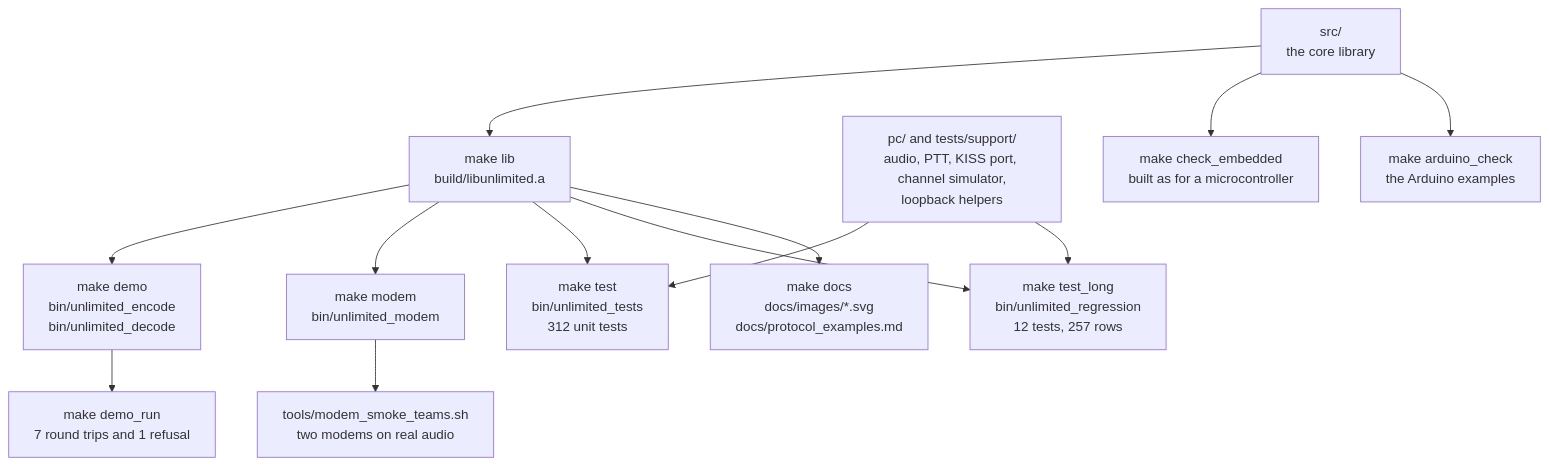
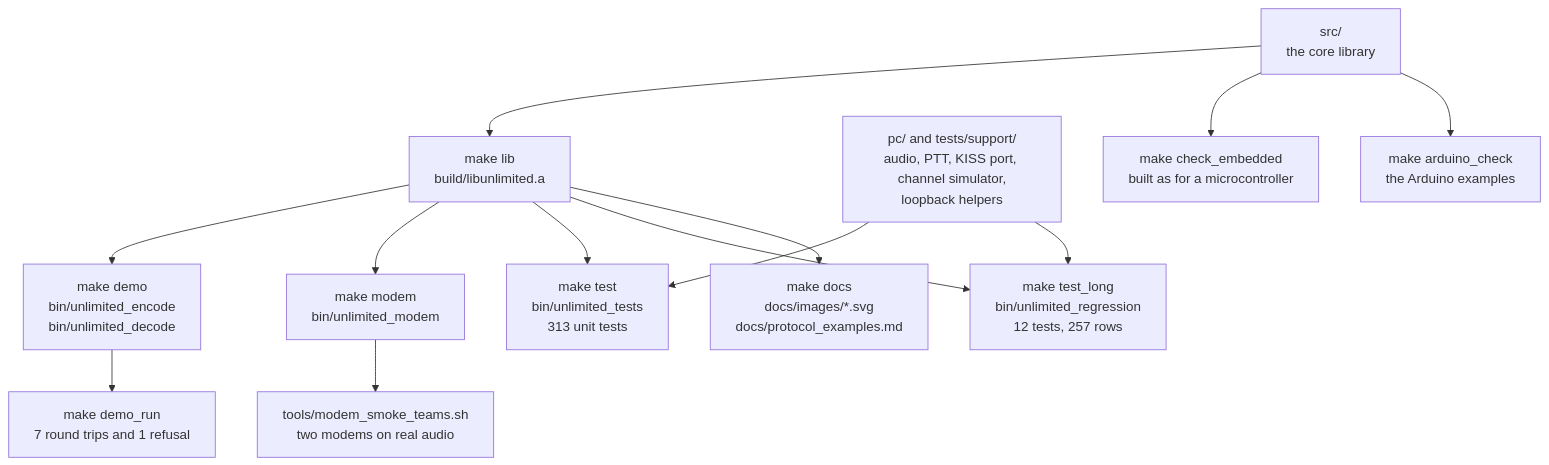
Before and after one commit to solariun/unlimited: the second of 12 diagrams in docs/testing.md, drawn with Mermaid. The commit also changed other lines of this file and 13 other files, not shown here.

````diff
--- a/docs/testing.md
+++ b/docs/testing.md
@@ -209,15 +210,15 @@
 ```mermaid
 flowchart TD
     src["src/<br/>the core library"] --> lib["make lib<br/>build/libunlimited.a"]
     lib --> demo["make demo<br/>bin/unlimited_encode<br/>bin/unlimited_decode"]
     lib --> modem["make modem<br/>bin/unlimited_modem"]
     demo --> demorun["make demo_run<br/>7 round trips and 1 refusal"]
     pcs["pc/ and tests/support/<br/>audio, PTT, KISS port, channel simulator,<br/>loopback helpers"] --> test
-    lib --> test["make test<br/>bin/unlimited_tests<br/>312 unit tests"]
+    lib --> test["make test<br/>bin/unlimited_tests<br/>313 unit tests"]
     lib --> long["make test_long<br/>bin/unlimited_regression<br/>12 tests, 257 rows"]
     pcs --> long
     lib --> docs["make docs<br/>docs/images/*.svg<br/>docs/protocol_examples.md"]
     src --> emb["make check_embedded<br/>built as for a microcontroller"]
     src --> ard["make arduino_check<br/>the Arduino examples"]
     modem --> smoke["tools/modem_smoke_teams.sh<br/>two modems on real audio"]
 ```
````
